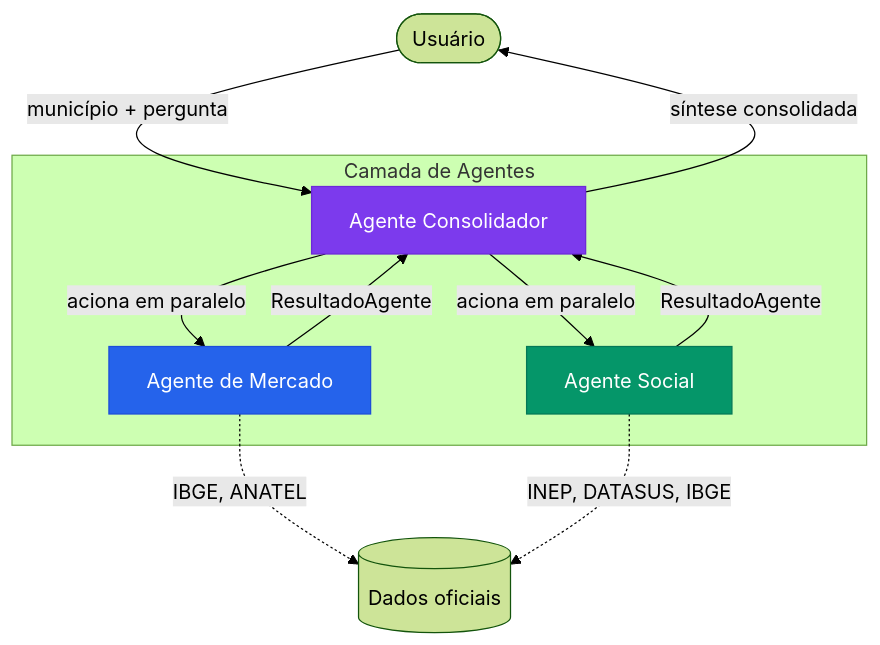
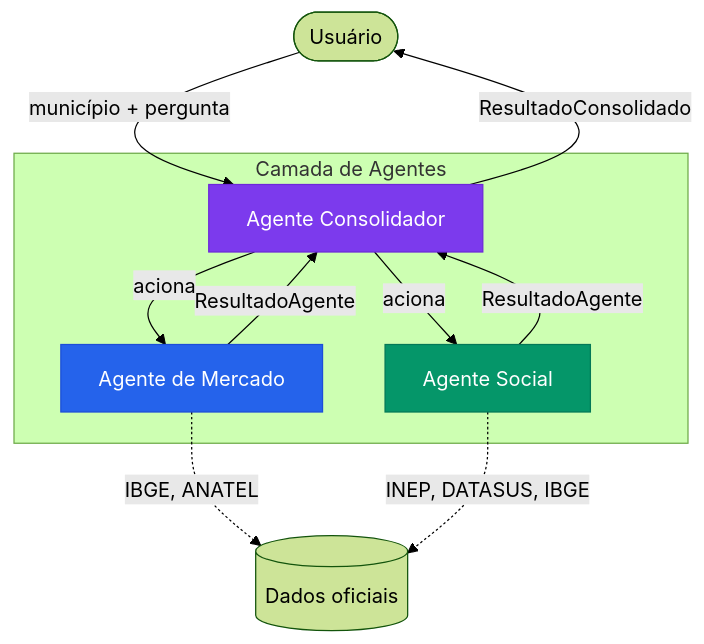
Before and after one commit to pietrobellacosadev/NEXORA: the diagram in README.md, drawn with Mermaid (forest theme). The commit also changed other lines of this file and 3 other files, not shown here.

````diff
--- a/README.md
+++ b/README.md
@@ -88,24 +81,24 @@
 ```mermaid
 flowchart TD
     U([Usuário]) -->|município + pergunta| C
 
     subgraph Agentes["Camada de Agentes"]
         C[Agente Consolidador]
         M[Agente de Mercado]
         S[Agente Social]
 
-        C -->|aciona em paralelo| M
-        C -->|aciona em paralelo| S
+        C -->|aciona| M
+        C -->|aciona| S
         M -->|ResultadoAgente| C
         S -->|ResultadoAgente| C
     end
 
-    C -->|síntese consolidada| U
+    C -->|ResultadoConsolidado| U
 
     M -.->|IBGE, ANATEL| D[(Dados oficiais)]
     S -.->|INEP, DATASUS, IBGE| D
 
     style C fill:#7c3aed,color:#fff,stroke:#6d28d9
     style M fill:#2563eb,color:#fff,stroke:#1d4ed8
     style S fill:#059669,color:#fff,stroke:#047857
 ```
````
